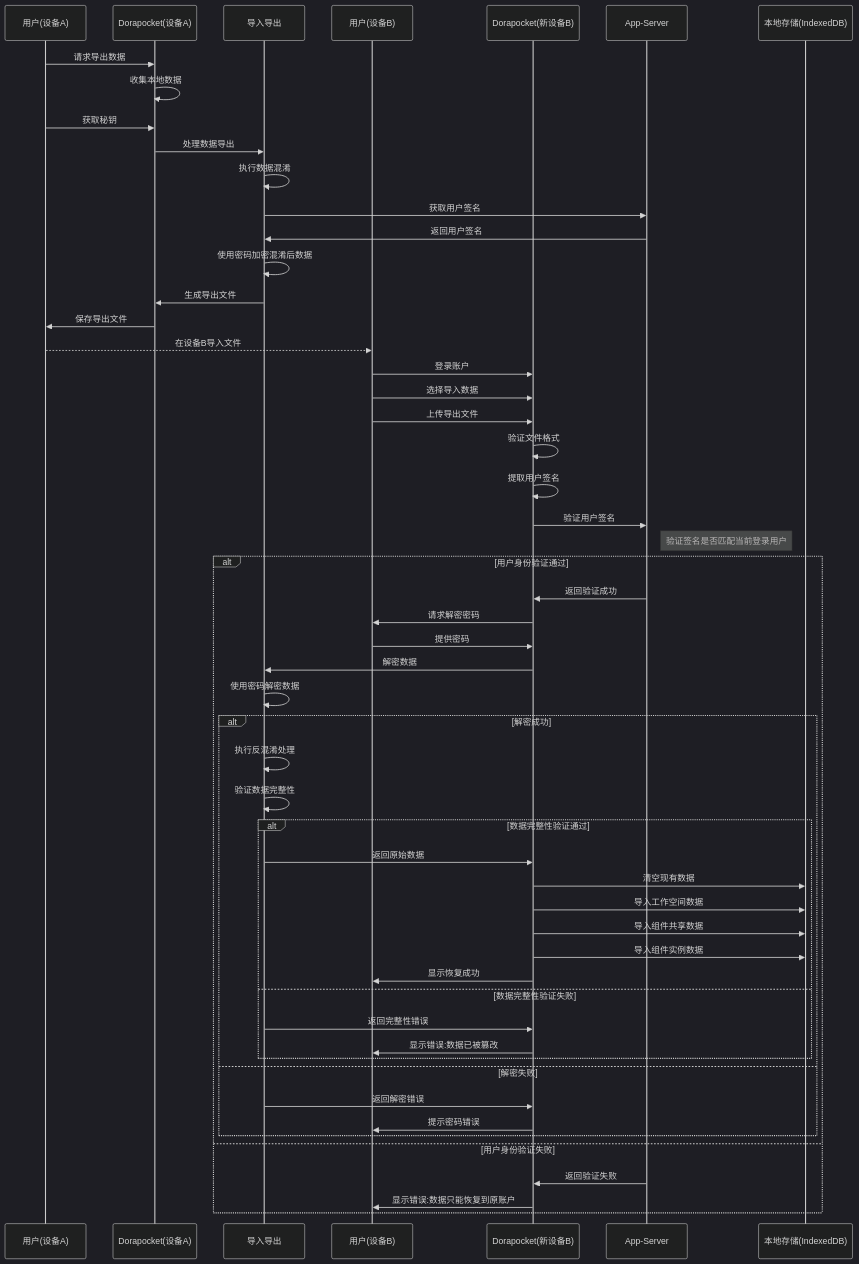
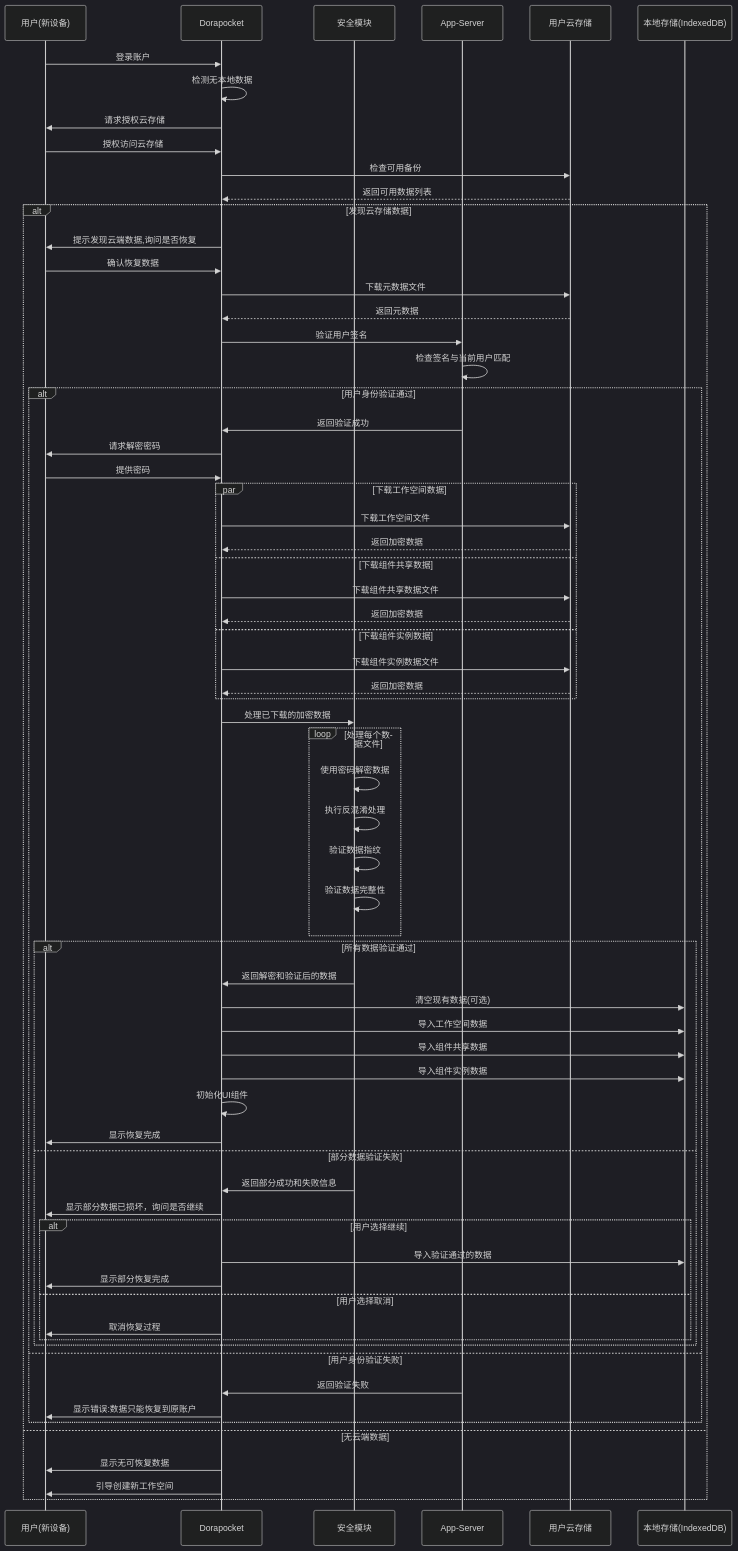
Before and after one commit to yingjianzh/iodraw-files: the diagram in all/未命名-34.md, drawn with Mermaid (dark theme).

Commit message:
2025-04-17 17:00:44 update

````diff
--- a/all/未命名-34.md
+++ b/all/未命名-34.md
@@ -1,69 +1,83 @@
 ```mermaid
 sequenceDiagram
-    participant UserOld as 用户(设备A)
-    participant AppOld as Dorapocket(设备A)
-    participant Security as 导入导出
-    participant UserNew as 用户(设备B)
-    participant AppNew as Dorapocket(新设备B)
+    participant User as 用户(新设备)
+    participant App as Dorapocket
+    participant Security as 安全模块
     participant AppServer as App-Server
+    participant UserCloud as 用户云存储
     participant LocalDB as 本地存储(IndexedDB)
     
-    %% 导出流程
-    UserOld->>AppOld: 请求导出数据
-    AppOld->>AppOld: 收集本地数据
-    UserOld->>AppOld: 获取秘钥
+    User->>App: 登录账户
+    App->>App: 检测无本地数据
     
-    AppOld->>Security: 处理数据导出
-    Security->>Security: 执行数据混淆
-    Security->>AppServer: 获取用户签名
-    AppServer->>Security: 返回用户签名
-    Security->>Security: 使用密码加密混淆后数据
-    Security->>AppOld: 生成导出文件
-    AppOld->>UserOld: 保存导出文件
+    App->>User: 请求授权云存储
+    User->>App: 授权访问云存储
     
-    %% 传输文件(由用户完成)
-    UserOld-->>UserNew: 在设备B导入文件
+    App->>UserCloud: 检查可用备份
+    UserCloud-->>App: 返回可用数据列表
     
-    %% 恢复流程
-    UserNew->>AppNew: 登录账户
-    UserNew->>AppNew: 选择导入数据
-    UserNew->>AppNew: 上传导出文件
-    
-    AppNew->>AppNew: 验证文件格式
-    AppNew->>AppNew: 提取用户签名
-    
-    AppNew->>AppServer: 验证用户签名
-    note right of AppServer: 验证签名是否匹配当前登录用户
-    
-    alt 用户身份验证通过
-        AppServer->>AppNew: 返回验证成功
-        AppNew->>UserNew: 请求解密密码
-        UserNew->>AppNew: 提供密码
+    alt 发现云存储数据
+        App->>User: 提示发现云端数据,询问是否恢复
+        User->>App: 确认恢复数据
         
-        AppNew->>Security: 解密数据
-        Security->>Security: 使用密码解密数据
+        App->>UserCloud: 下载元数据文件
+        UserCloud-->>App: 返回元数据
         
-        alt 解密成功
-            Security->>Security: 执行反混淆处理
-            Security->>Security: 验证数据完整性
+        App->>AppServer: 验证用户签名
+        AppServer->>AppServer: 检查签名与当前用户匹配
+        
+        alt 用户身份验证通过
+            AppServer->>App: 返回验证成功
             
-            alt 数据完整性验证通过
-                Security->>AppNew: 返回原始数据
-                AppNew->>LocalDB: 清空现有数据
-                AppNew->>LocalDB: 导入工作空间数据
-                AppNew->>LocalDB: 导入组件共享数据
-                AppNew->>LocalDB: 导入组件实例数据
-                AppNew->>UserNew: 显示恢复成功
-            else 数据完整性验证失败
-                Security->>AppNew: 返回完整性错误
-                AppNew->>UserNew: 显示错误:数据已被篡改
+            App->>User: 请求解密密码
+            User->>App: 提供密码
+            
+            par 下载工作空间数据
+                App->>UserCloud: 下载工作空间文件
+                UserCloud-->>App: 返回加密数据
+            and 下载组件共享数据
+                App->>UserCloud: 下载组件共享数据文件
+                UserCloud-->>App: 返回加密数据
+            and 下载组件实例数据
+                App->>UserCloud: 下载组件实例数据文件
+                UserCloud-->>App: 返回加密数据
             end
-        else 解密失败
-            Security->>AppNew: 返回解密错误
-            AppNew->>UserNew: 提示密码错误
+            
+            App->>Security: 处理已下载的加密数据
+            loop 处理每个数据文件
+                Security->>Security: 使用密码解密数据
+                Security->>Security: 执行反混淆处理
+                Security->>Security: 验证数据指纹
+                Security->>Security: 验证数据完整性
+            end
+            
+            alt 所有数据验证通过
+                Security->>App: 返回解密和验证后的数据
+                
+                App->>LocalDB: 清空现有数据(可选)
+                App->>LocalDB: 导入工作空间数据
+                App->>LocalDB: 导入组件共享数据
+                App->>LocalDB: 导入组件实例数据
+                
+                App->>App: 初始化UI组件
+                App->>User: 显示恢复完成
+            else 部分数据验证失败
+                Security->>App: 返回部分成功和失败信息
+                App->>User: 显示部分数据已损坏，询问是否继续
+                
+                alt 用户选择继续
+                    App->>LocalDB: 导入验证通过的数据
+                    App->>User: 显示部分恢复完成
+                else 用户选择取消
+                    App->>User: 取消恢复过程
+                end
+            end
+        else 用户身份验证失败
+            AppServer->>App: 返回验证失败
+            App->>User: 显示错误:数据只能恢复到原账户
         end
-    else 用户身份验证失败
-        AppServer->>AppNew: 返回验证失败
-        AppNew->>UserNew: 显示错误:数据只能恢复到原账户
+    else 无云端数据
+        App->>User: 显示无可恢复数据
+        App->>User: 引导创建新工作空间
     end
 ```
````
